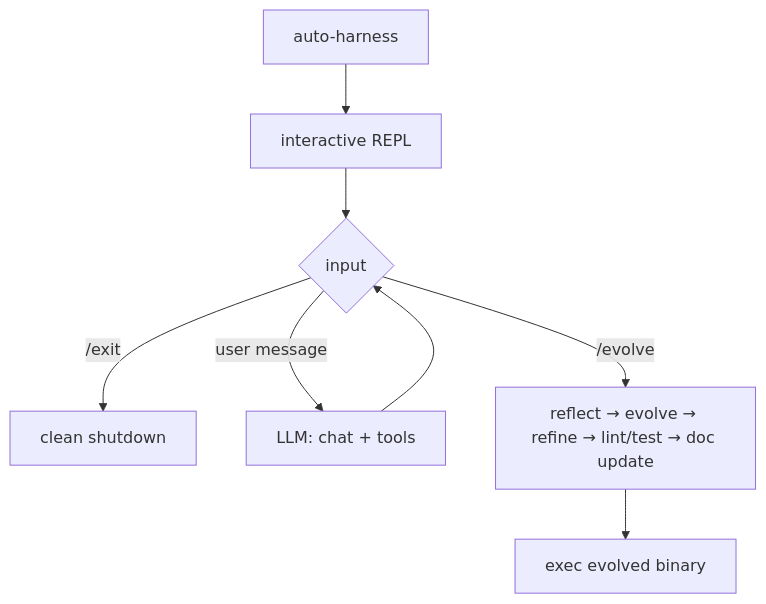
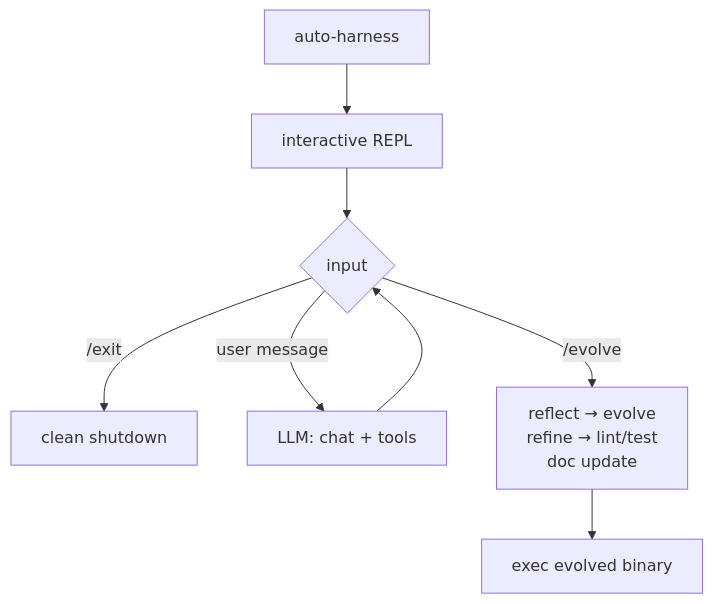
Before and after one commit to Engineering4AI/AutoHarness: the diagram in README.md, drawn with Mermaid.

Commit message:
Split long /evolve flowchart label across lines

````diff
--- a/README.md
+++ b/README.md
@@ -57,10 +57,10 @@
 ```mermaid
 flowchart TD
     A[auto-harness] --> B[interactive REPL]
     B --> C{input}
     C -->|/exit| Z[clean shutdown]
     C -->|user message| E[LLM: chat + tools]
     E --> C
-    C -->|/evolve| D[reflect → evolve → refine → lint/test → doc update]
+    C -->|/evolve| D[reflect → evolve<br/>refine → lint/test<br/>doc update]
     D --> R[exec evolved binary]
 ```
````
